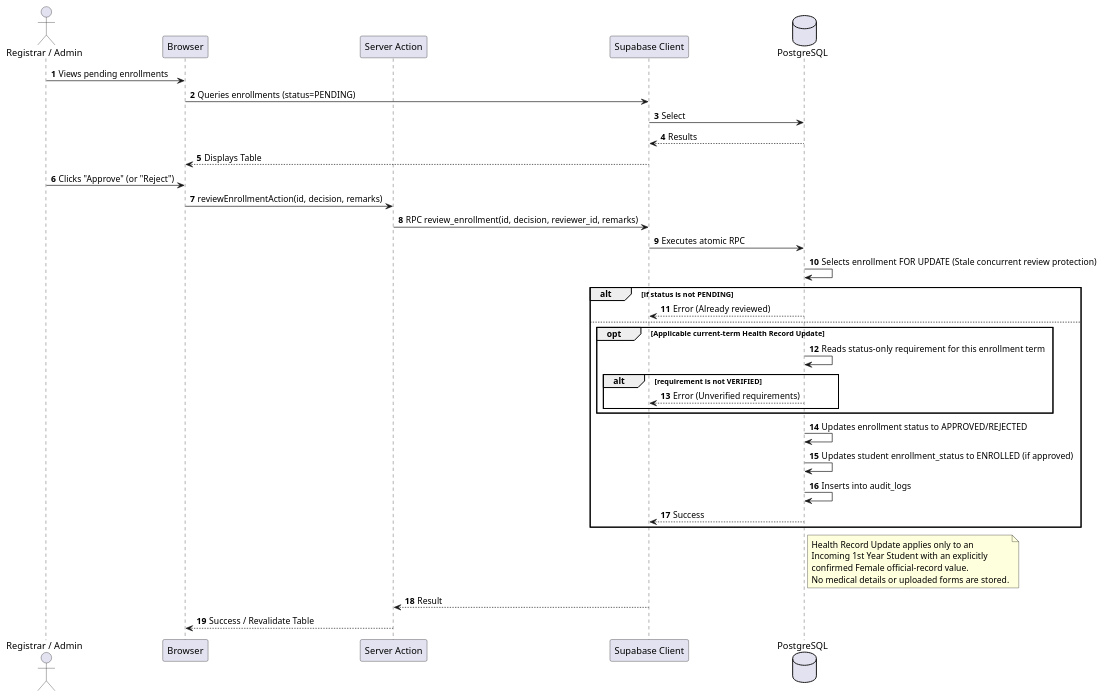
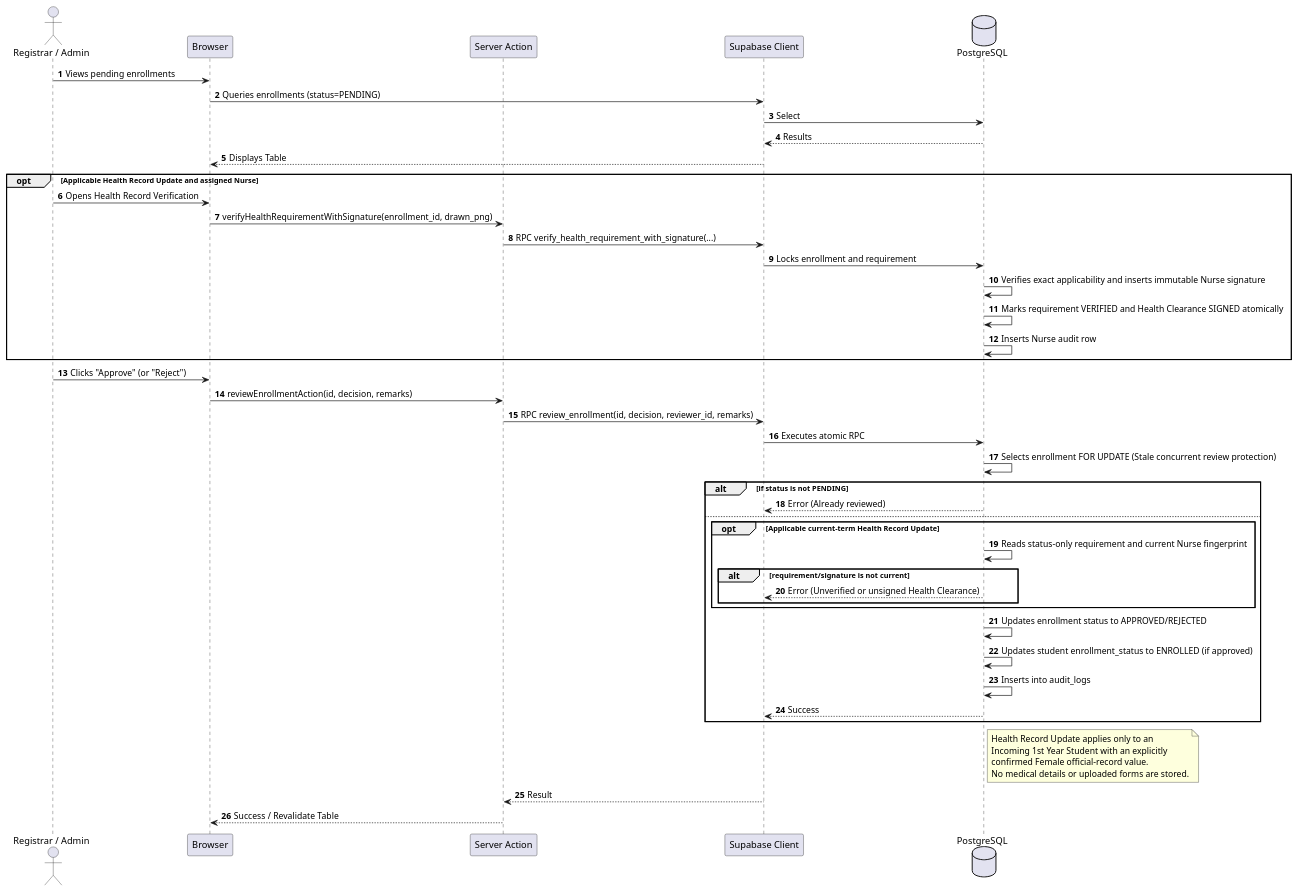
The diagram in docs/diagrams/pkm-des-admin-review-sequence.puml (lucifron28/PKM-DES), drawn with PlantUML before and after one commit. The commit also changed 39 other files, not shown here.

```diff
--- a/docs/diagrams/pkm-des-admin-review-sequence.puml
+++ b/docs/diagrams/pkm-des-admin-review-sequence.puml
@@ -1,46 +1,56 @@
 @startuml pkm-des-admin-review-sequence
 autonumber
 actor "Registrar / Admin" as Admin
 participant "Browser" as Browser
 participant "Server Action" as Action
 participant "Supabase Client" as Supabase
 database "PostgreSQL" as DB
 
 Admin -> Browser : Views pending enrollments
 Browser -> Supabase : Queries enrollments (status=PENDING)
 Supabase -> DB : Select
 DB --> Supabase : Results
 Supabase --> Browser : Displays Table
 
+opt Applicable Health Record Update and assigned Nurse
+  Admin -> Browser : Opens Health Record Verification
+  Browser -> Action : verifyHealthRequirementWithSignature(enrollment_id, drawn_png)
+  Action -> Supabase : RPC verify_health_requirement_with_signature(...)
+  Supabase -> DB : Locks enrollment and requirement
+  DB -> DB : Verifies exact applicability and inserts immutable Nurse signature
+  DB -> DB : Marks requirement VERIFIED and Health Clearance SIGNED atomically
+  DB -> DB : Inserts Nurse audit row
+end
+
 Admin -> Browser : Clicks "Approve" (or "Reject")
 Browser -> Action : reviewEnrollmentAction(id, decision, remarks)
 Action -> Supabase : RPC review_enrollment(id, decision, reviewer_id, remarks)
 
 Supabase -> DB : Executes atomic RPC
 DB -> DB : Selects enrollment FOR UPDATE (Stale concurrent review protection)
 alt if status is not PENDING
     DB --> Supabase : Error (Already reviewed)
 else
     opt Applicable current-term Health Record Update
-      DB -> DB : Reads status-only requirement for this enrollment term
-      alt requirement is not VERIFIED
-        DB --> Supabase : Error (Unverified requirements)
+      DB -> DB : Reads status-only requirement and current Nurse fingerprint
+      alt requirement/signature is not current
+        DB --> Supabase : Error (Unverified or unsigned Health Clearance)
       end
     end
     DB -> DB : Updates enrollment status to APPROVED/REJECTED
     DB -> DB : Updates student enrollment_status to ENROLLED (if approved)
     DB -> DB : Inserts into audit_logs
     DB --> Supabase : Success
 end
 
 note right of DB
   Health Record Update applies only to an
   Incoming 1st Year Student with an explicitly
   confirmed Female official-record value.
   No medical details or uploaded forms are stored.
 end note
 
 Supabase --> Action : Result
 Action --> Browser : Success / Revalidate Table
 
 @enduml
```
